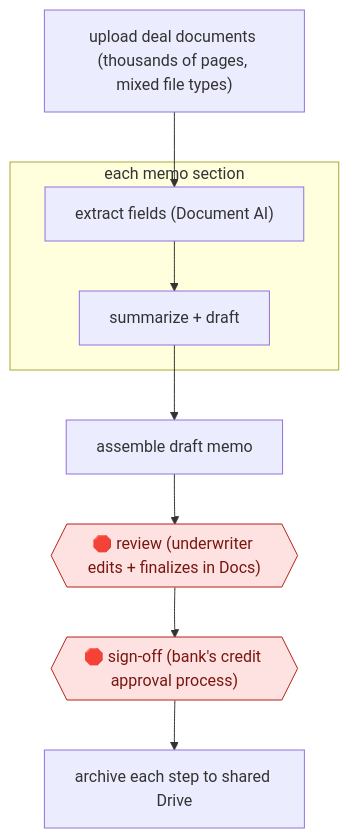
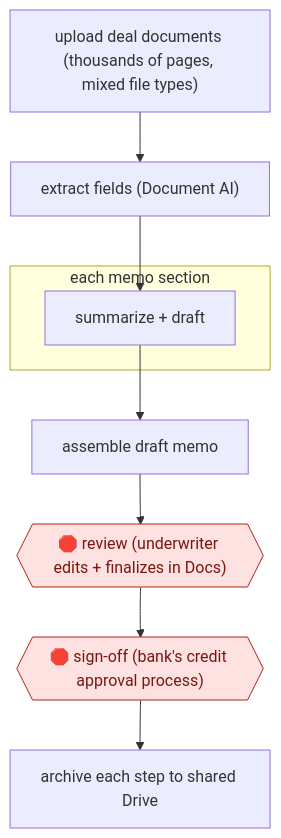
One commit to milesradford99/agent-workflow-atlas changed the diagram in workflows/PRO/FIN/INVEST/underwriter-finalized-credit-memo/README.md. Above: the diagram before and after it, drawn with Mermaid. The commit also changed other lines of this file and 171 other files, not shown here.

````diff
--- a/workflows/PRO/FIN/INVEST/underwriter-finalized-credit-memo/README.md
+++ b/workflows/PRO/FIN/INVEST/underwriter-finalized-credit-memo/README.md
@@ -31,19 +31,19 @@
 ```mermaid
 flowchart TD
   n1["upload deal documents (thousands of pages, mixed file types)"]
   n2["extract fields (Document AI)"]
-  n1 --> n2
   subgraph s3["each memo section"]
   n4["summarize + draft"]
-  n2 --> n4
   end
   n5["assemble draft memo"]
+  n6{{"🛑 review (underwriter edits + finalizes in Docs)"}}:::stop
+  n7{{"🛑 sign-off (bank's credit approval process)"}}:::stop
+  n8["archive each step to shared Drive"]
+  n1 --> n2
+  n2 --> n4
   n4 --> n5
-  n6{{"🛑 review (underwriter edits + finalizes in Docs)"}}:::stop
   n5 --> n6
-  n7{{"🛑 sign-off (bank's credit approval process)"}}:::stop
   n6 --> n7
-  n8["archive each step to shared Drive"]
   n7 --> n8
   classDef stop fill:#fde2e1,stroke:#b42318,color:#7a1610
 ```
````
